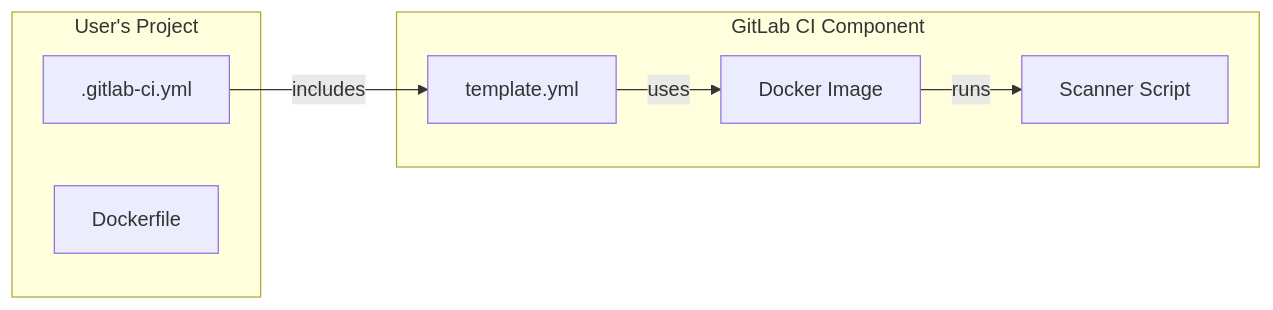
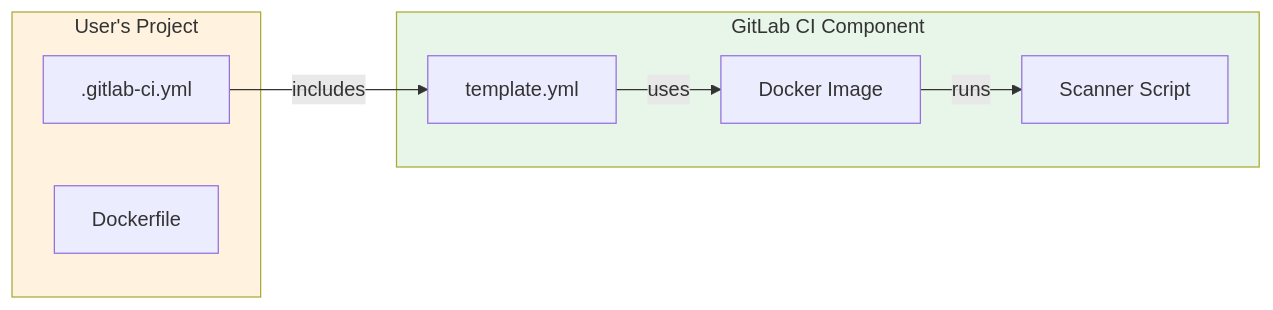
One commit to nelssec/qualys-gitlab changed the second of 6 diagrams in docs/architecture.md. Above: the diagram before and after it, drawn with Mermaid. The commit also changed other lines of this file and 4 other files, not shown here.

````diff
--- a/docs/architecture.md
+++ b/docs/architecture.md
@@ -48,17 +50,20 @@
 ```mermaid
 flowchart LR
-    subgraph Component["GitLab CI Component"]
+    subgraph component["GitLab CI Component"]
         template["template.yml"]
         image["Docker Image"]
         script["Scanner Script"]
     end
 
-    subgraph User["User's Project"]
+    subgraph user["User's Project"]
         gitlab_ci[".gitlab-ci.yml"]
         dockerfile["Dockerfile"]
     end
 
-    gitlab_ci -->|"includes"| template
-    template -->|"uses"| image
-    image -->|"runs"| script
+    gitlab_ci -->|includes| template
+    template -->|uses| image
+    image -->|runs| script
+
+    style component fill:#e8f5e9
+    style user fill:#fff3e0
 ```
````
